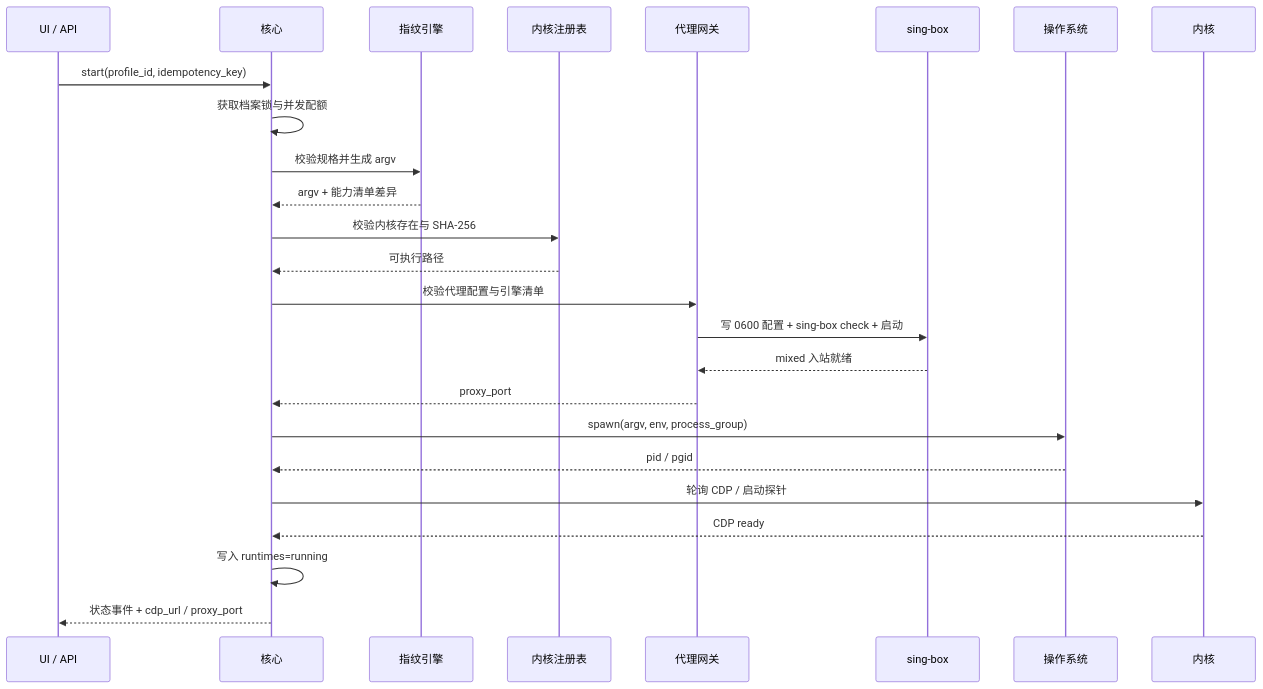
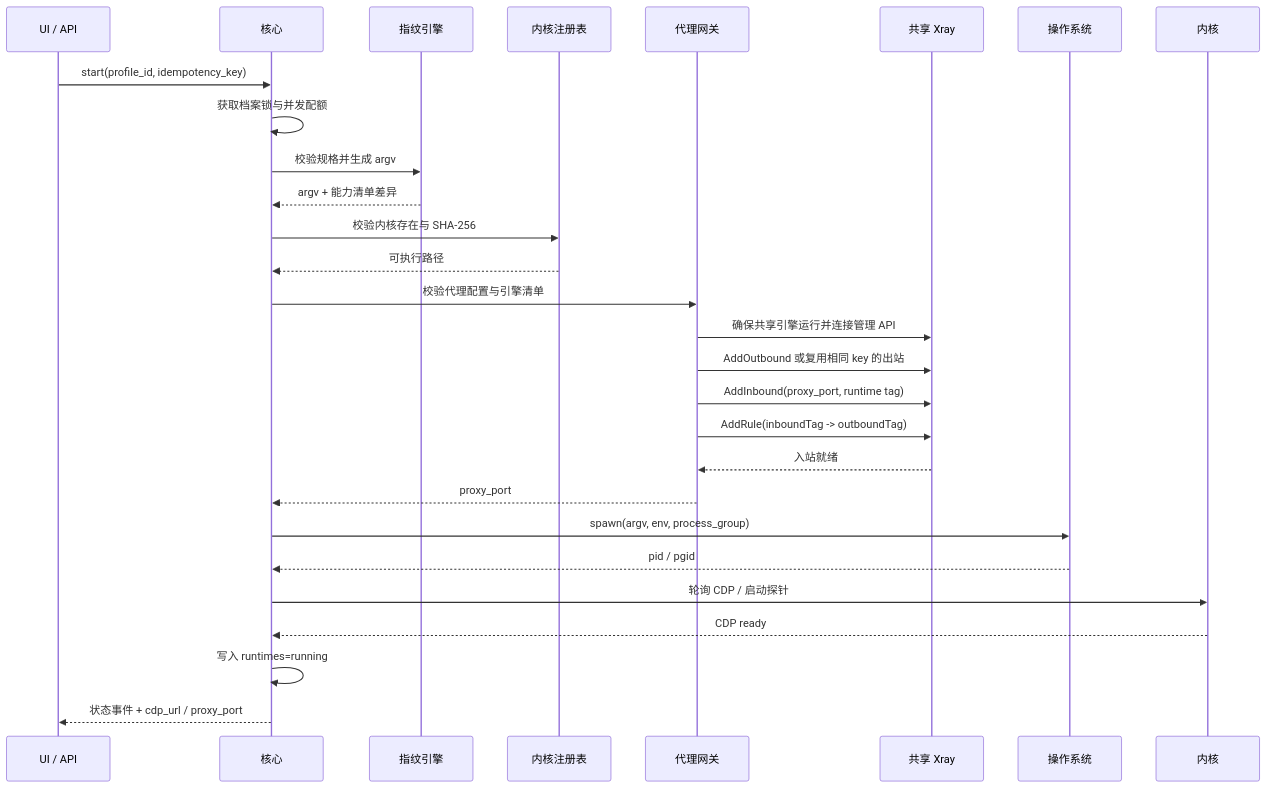
The fifth of 8 diagrams in docs/ARCHITECTURE.md (IvanLi-CN/mien), drawn with Mermaid before and after one commit. The commit also changed other lines of this file and 23 other files, not shown here.

First line of the commit message:
docs: adopt shared Xray proxy engine

````diff
--- a/docs/ARCHITECTURE.md
+++ b/docs/ARCHITECTURE.md
@@ -209,28 +211,31 @@
 ```mermaid
 sequenceDiagram
   participant UI as UI / API
   participant Core as 核心
   participant FP as 指纹引擎
   participant KS as 内核注册表
   participant GW as 代理网关
-  participant PE as sing-box
+  participant PE as 共享 Xray
   participant OS as 操作系统
   participant K as 内核
 
   UI->>Core: start(profile_id, idempotency_key)
   Core->>Core: 获取档案锁与并发配额
   Core->>FP: 校验规格并生成 argv
   FP-->>Core: argv + 能力清单差异
   Core->>KS: 校验内核存在与 SHA-256
   KS-->>Core: 可执行路径
   Core->>GW: 校验代理配置与引擎清单
-  GW->>PE: 写 0600 配置 + sing-box check + 启动
-  PE-->>GW: mixed 入站就绪
+  GW->>PE: 确保共享引擎运行并连接管理 API
+  GW->>PE: AddOutbound 或复用相同 key 的出站
+  GW->>PE: AddInbound(proxy_port, runtime tag)
+  GW->>PE: AddRule(inboundTag -> outboundTag)
+  PE-->>GW: 入站就绪
   GW-->>Core: proxy_port
   Core->>OS: spawn(argv, env, process_group)
   OS-->>Core: pid / pgid
   Core->>K: 轮询 CDP / 启动探针
   K-->>Core: CDP ready
   Core->>Core: 写入 runtimes=running
   Core-->>UI: 状态事件 + cdp_url / proxy_port
 ```
````
